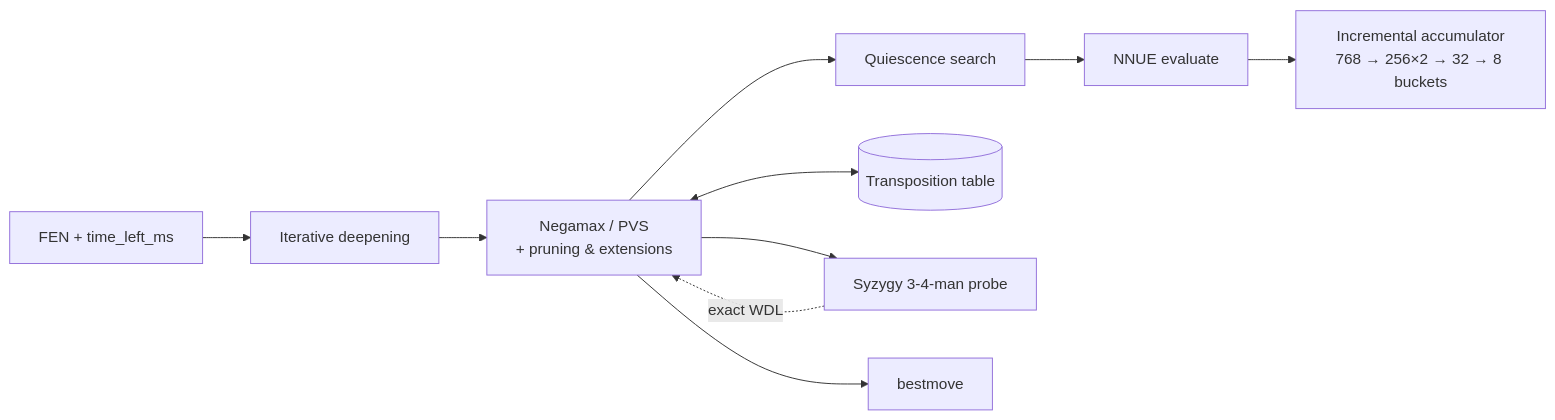
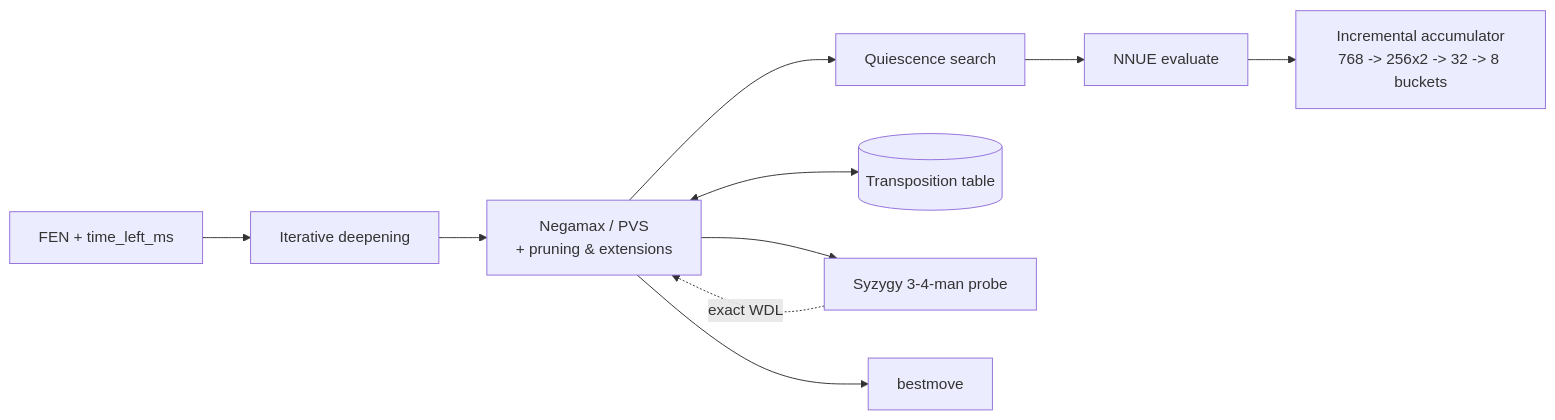
The diagram in README.md (georgeputney/nnue-chess-engine), drawn with Mermaid before and after one commit. The commit also changed other lines of this file and 7 other files, not shown here.

````diff
--- a/README.md
+++ b/README.md
@@ -17,12 +17,12 @@
 ```mermaid
 flowchart LR
     FEN[FEN + time_left_ms] --> ID[Iterative deepening]
     ID --> PVS["Negamax / PVS<br/>+ pruning &amp; extensions"]
     PVS --> QS[Quiescence search]
     QS --> EVAL[NNUE evaluate]
     PVS <--> TT[(Transposition table)]
-    EVAL --> ACC["Incremental accumulator<br/>768 → 256×2 → 32 → 8 buckets"]
+    EVAL --> ACC["Incremental accumulator<br/>768 -> 256x2 -> 32 -> 8 buckets"]
     PVS --> TB[Syzygy 3-4-man probe]
     TB -.exact WDL.-> PVS
     PVS --> MOVE[bestmove]
 ```
````
